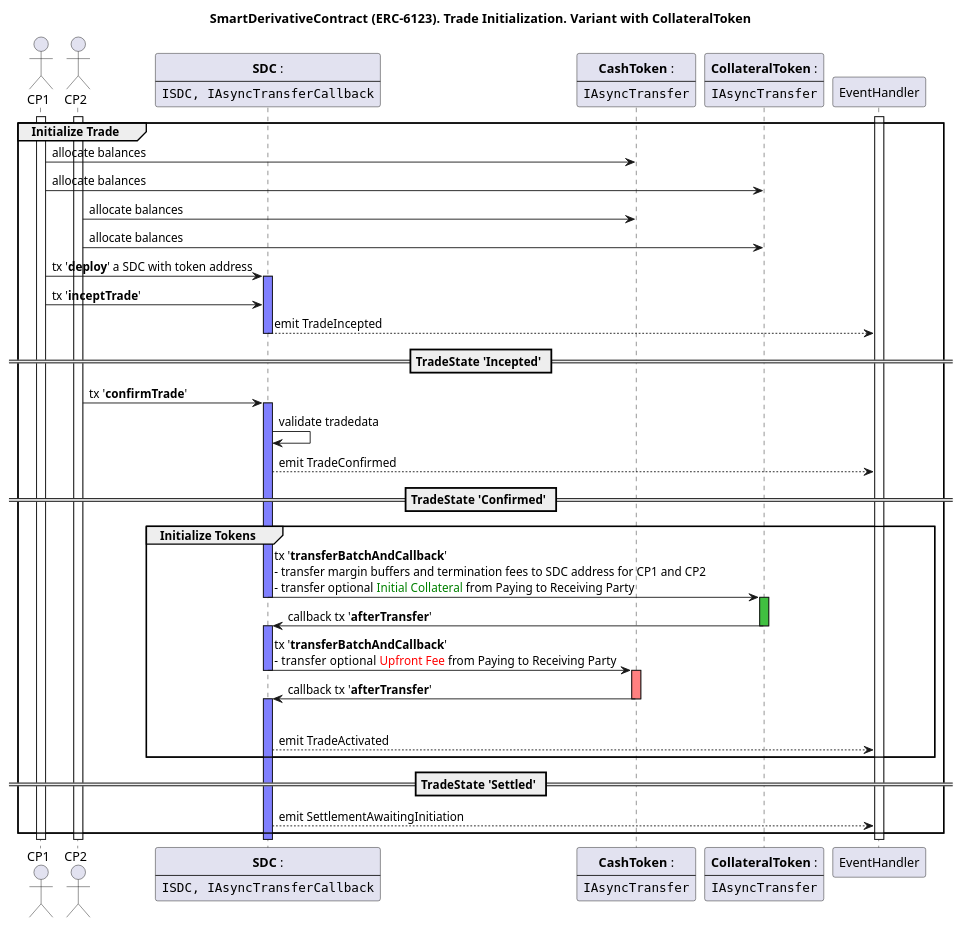
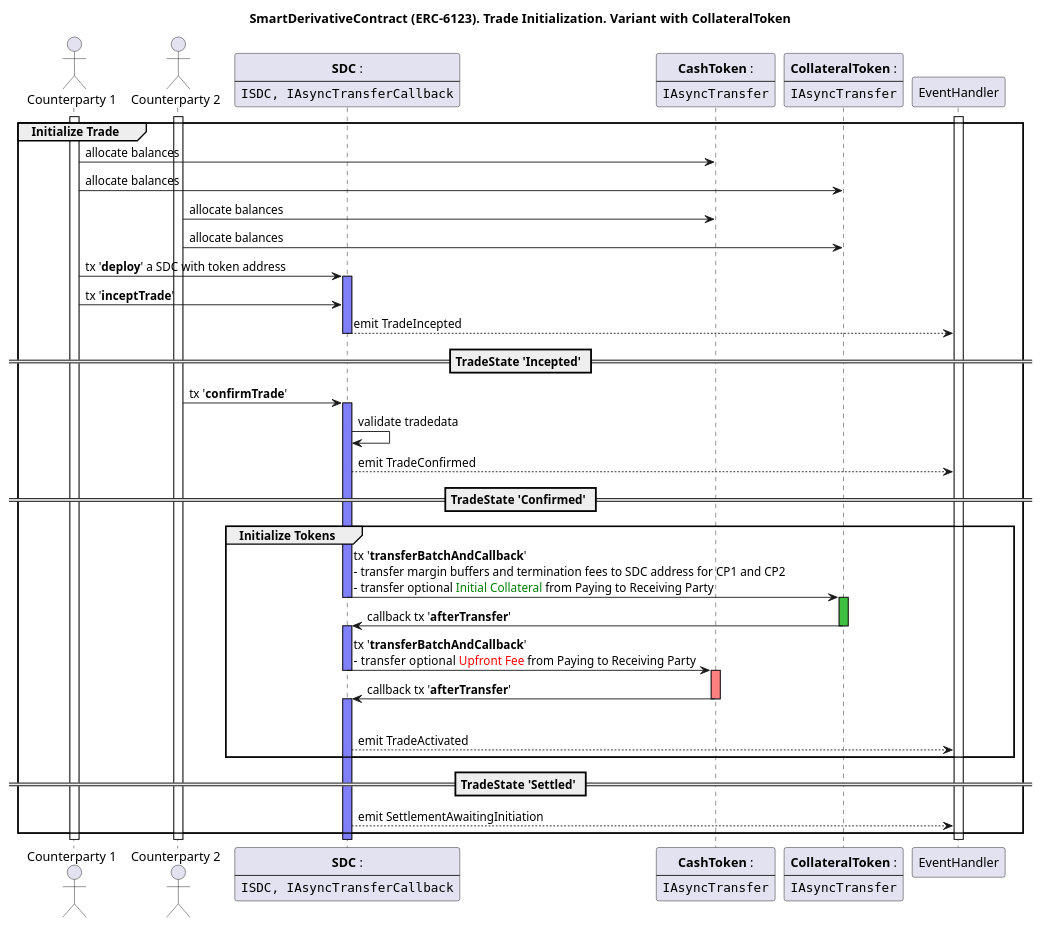
Before and after one commit to ethereum/ERCs: the diagram in assets/erc-6123/doc/sequence-sdc-collateral-trade.puml, drawn with PlantUML. The commit also changed 5 other files, not shown here.

```diff
--- a/assets/erc-6123/doc/sequence-sdc-collateral-trade.puml
+++ b/assets/erc-6123/doc/sequence-sdc-collateral-trade.puml
@@ -1,91 +1,91 @@
 @startuml
 'https://plantuml.com/sequence-diagram
 title SmartDerivativeContract (ERC-6123). Trade Initialization. Variant with CollateralToken
 
-actor CP1
-actor CP2
+actor "Counterparty 1" as CP1
+actor "Counterparty 2" as CP2
 
 participant SDC [
     **SDC** :
     ----
     ""ISDC, IAsyncTransferCallback""
 ]
 
 participant CashToken [
     **CashToken** :
     ----
     ""IAsyncTransfer""
 ]
 
 participant CollateralToken [
     **CollateralToken** :
     ----
     ""IAsyncTransfer""
 ]
 
 participant EventHandler
 
 activate EventHandler
 'activate CashToken
 
 activate CP1
 activate CP2
 
 group Initialize Trade
 CP1 ->CashToken: allocate balances
 CP1 ->CollateralToken: allocate balances
 CP2 ->CashToken: allocate balances
 CP2 ->CollateralToken: allocate balances
 
 CP1 ->SDC: tx '**deploy**' a SDC with token address
 activate SDC #8080FF
 
 CP1 ->SDC:                 tx '**inceptTrade**'
 
 SDC-->EventHandler: emit TradeIncepted
 
 == TradeState '**Incepted**' ==
 deactivate SDC
 
     CP2->SDC: tx '**confirmTrade**'
 activate SDC #8080FF
     SDC->SDC: validate tradedata
 
     SDC-->EventHandler: emit TradeConfirmed
 
 == TradeState '**Confirmed**' ==
 
     group Initialize Tokens
 
     SDC -> CollateralToken: tx '**transferBatchAndCallback**' \n- transfer margin buffers and termination fees to SDC address for CP1 and CP2\n- transfer optional <color:green>Initial Collateral</color> from Paying to Receiving Party
     deactivate SDC
     activate CollateralToken #40C040
 
     CollateralToken->SDC: callback tx '**afterTransfer**'
     deactivate CollateralToken
     activate SDC #8080FF
 
     SDC -> CashToken: tx '**transferBatchAndCallback**' \n-  transfer optional <color:red>Upfront Fee</color> from Paying to Receiving Party
     deactivate SDC
     activate CashToken #FF8080
     CashToken->SDC: callback tx '**afterTransfer**'
     deactivate CashToken
     activate SDC #8080FF
 
     |||
     SDC-->EventHandler: emit TradeActivated
 
 end
 
 
 == TradeState '**Settled**' ==
 SDC-->EventHandler: emit SettlementAwaitingInitiation
 
 end
 
 deactivate SDC
 deactivate EventHandler
 deactivate CP1
 deactivate CP2
 
 @enduml
```
